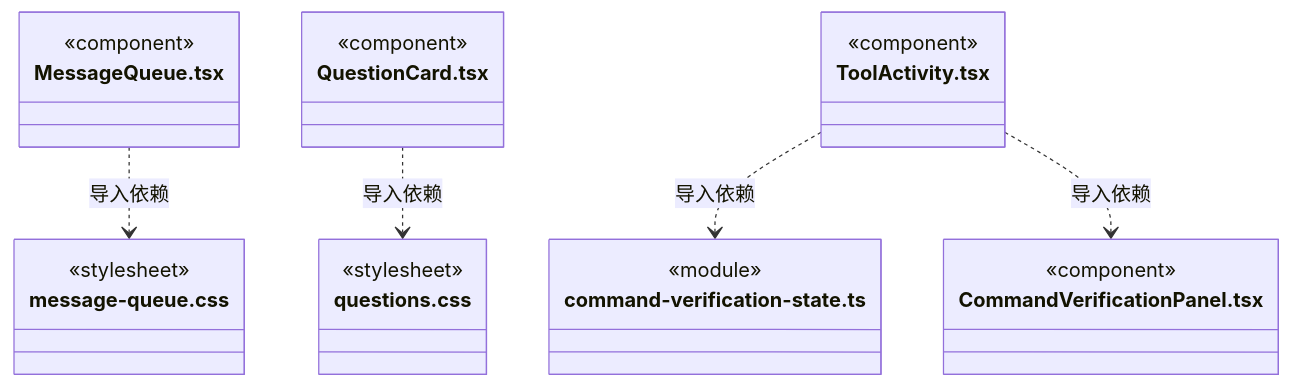
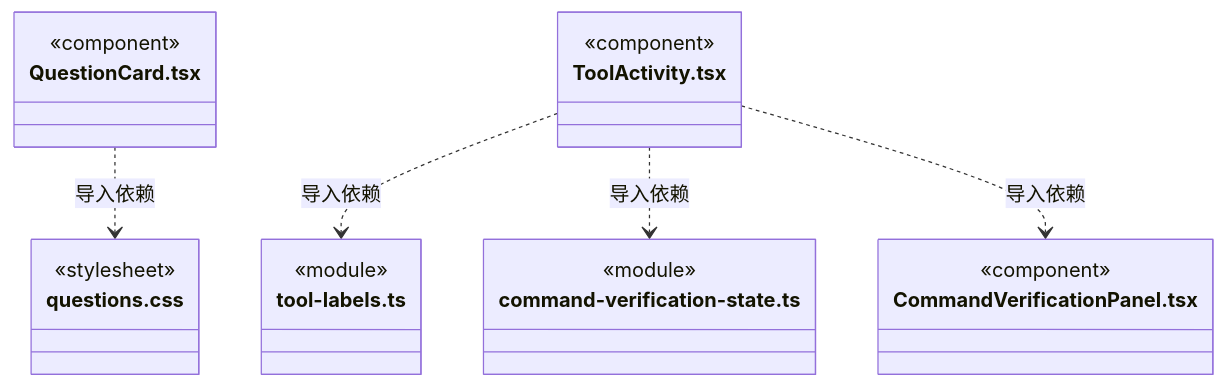
Diagram 56 of 60 in src/frontend/conversation/ARCHITECTURE.md (nan023062/cbim), drawn with Mermaid before and after one commit. The commit also changed other lines of this file and 22 other files, not shown here.

````diff
--- a/src/frontend/conversation/ARCHITECTURE.md
+++ b/src/frontend/conversation/ARCHITECTURE.md
@@ -779,28 +869,25 @@
 ```mermaid
 classDiagram
-class N_src_frontend_conversation_MessageQueue_tsx["MessageQueue.tsx"] {
-  <<component>>
-}
-class N_src_frontend_conversation_message_queue_css["message-queue.css"] {
-  <<stylesheet>>
-}
 class N_src_frontend_conversation_QuestionCard_tsx["QuestionCard.tsx"] {
   <<component>>
 }
 class N_src_frontend_conversation_questions_css["questions.css"] {
   <<stylesheet>>
 }
 class N_src_frontend_conversation_ToolActivity_tsx["ToolActivity.tsx"] {
   <<component>>
 }
+class N_src_frontend_conversation_tool_labels_ts["tool-labels.ts"] {
+  <<module>>
+}
 class N_src_frontend_conversation_command_verification_state_ts["command-verification-state.ts"] {
   <<module>>
 }
 class N_src_frontend_conversation_CommandVerificationPanel_tsx["CommandVerificationPanel.tsx"] {
   <<component>>
 }
-N_src_frontend_conversation_MessageQueue_tsx ..> N_src_frontend_conversation_message_queue_css : 导入依赖
 N_src_frontend_conversation_QuestionCard_tsx ..> N_src_frontend_conversation_questions_css : 导入依赖
+N_src_frontend_conversation_ToolActivity_tsx ..> N_src_frontend_conversation_tool_labels_ts : 导入依赖
 N_src_frontend_conversation_ToolActivity_tsx ..> N_src_frontend_conversation_command_verification_state_ts : 导入依赖
 N_src_frontend_conversation_ToolActivity_tsx ..> N_src_frontend_conversation_CommandVerificationPanel_tsx : 导入依赖
 ```
````
